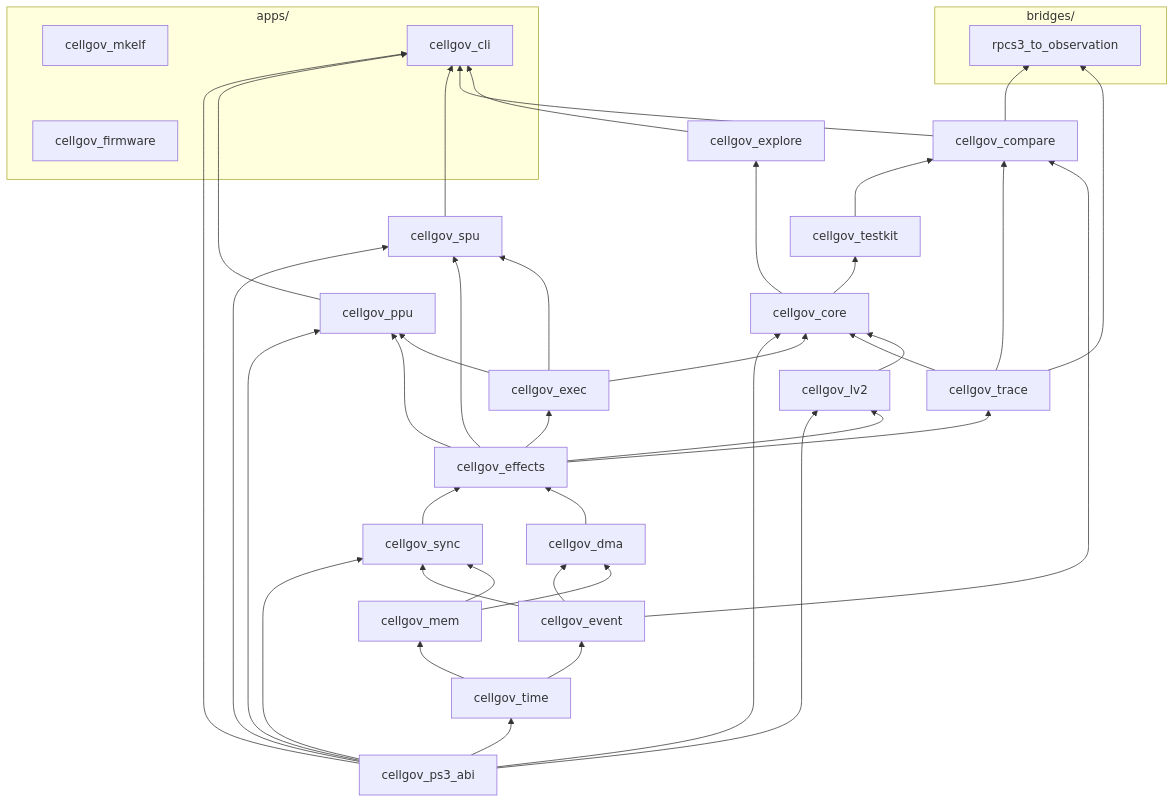
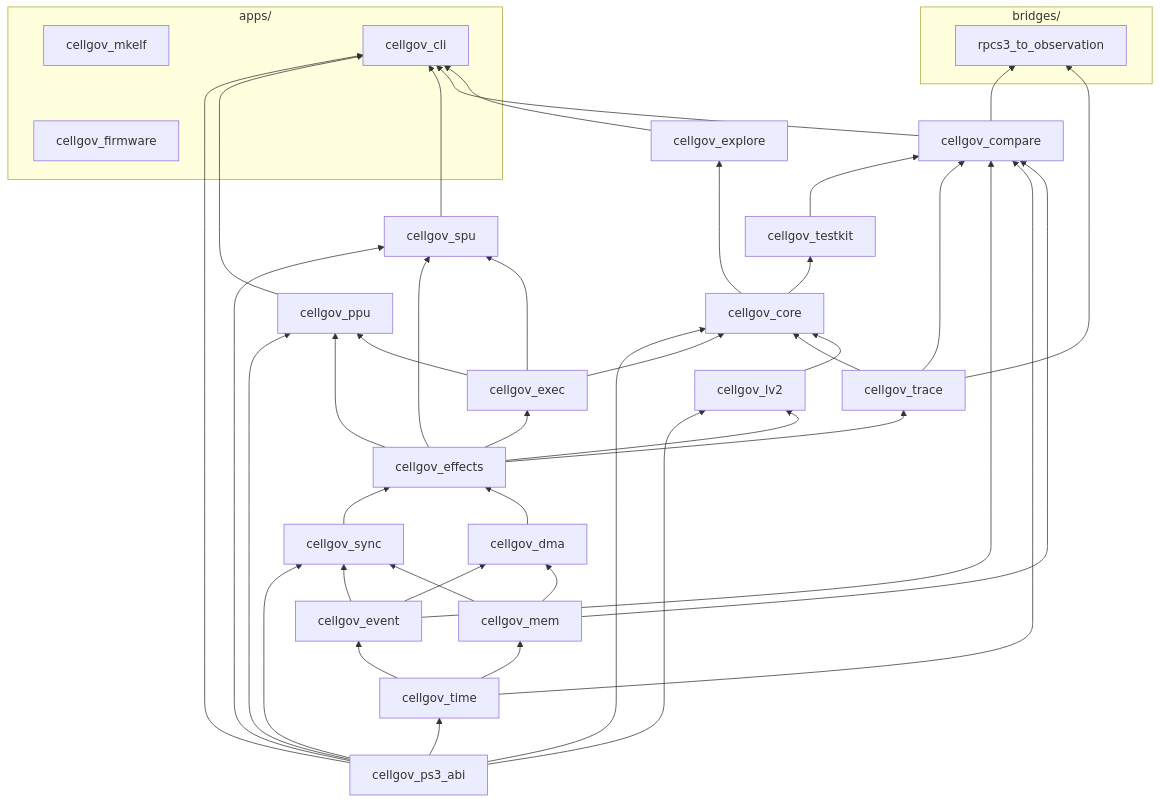
Before and after one commit to RoyalAce22/CellGov: the diagram in docs/architecture.md, drawn with Mermaid. The commit also changed other lines of this file and 95 other files, not shown here.

````diff
--- a/docs/architecture.md
+++ b/docs/architecture.md
@@ -26,77 +26,79 @@
 ```mermaid
 graph BT
   subgraph apps ["apps/"]
     firmware["cellgov_firmware"]
     mkelf["cellgov_mkelf"]
     cli["cellgov_cli"]
   end
 
   subgraph bridges ["bridges/"]
     rpcs3obs["rpcs3_to_observation"]
   end
 
   ps3_abi[cellgov_ps3_abi]
   time[cellgov_time]
   event[cellgov_event]
   mem[cellgov_mem]
   sync[cellgov_sync]
   dma[cellgov_dma]
   effects[cellgov_effects]
   exec[cellgov_exec]
   trace[cellgov_trace]
   lv2[cellgov_lv2]
   core[cellgov_core]
   ppu[cellgov_ppu]
   spu[cellgov_spu]
   testkit[cellgov_testkit]
   explore[cellgov_explore]
   compare[cellgov_compare]
 
   ps3_abi --> time
   ps3_abi --> sync
   ps3_abi --> lv2
   ps3_abi --> ppu
   ps3_abi --> spu
   ps3_abi --> core
   ps3_abi --> cli
 
   time --> event
   time --> mem
 
   event --> sync
   event --> dma
   mem --> sync
   mem --> dma
 
   sync --> effects
   dma --> effects
 
   effects --> exec
   effects --> trace
   effects --> lv2
   effects --> ppu
   effects --> spu
 
   exec --> core
   exec --> ppu
   exec --> spu
   trace --> core
   lv2 --> core
 
   core --> testkit
   core --> explore
 
   testkit --> compare
   trace --> compare
   event --> compare
+  time --> compare
+  mem --> compare
 
   ppu --> cli
   spu --> cli
   compare --> cli
   explore --> cli
   compare --> rpcs3obs
   trace --> rpcs3obs
 
   ppu ~~~ spu
   firmware ~~~ mkelf
 ```
````
